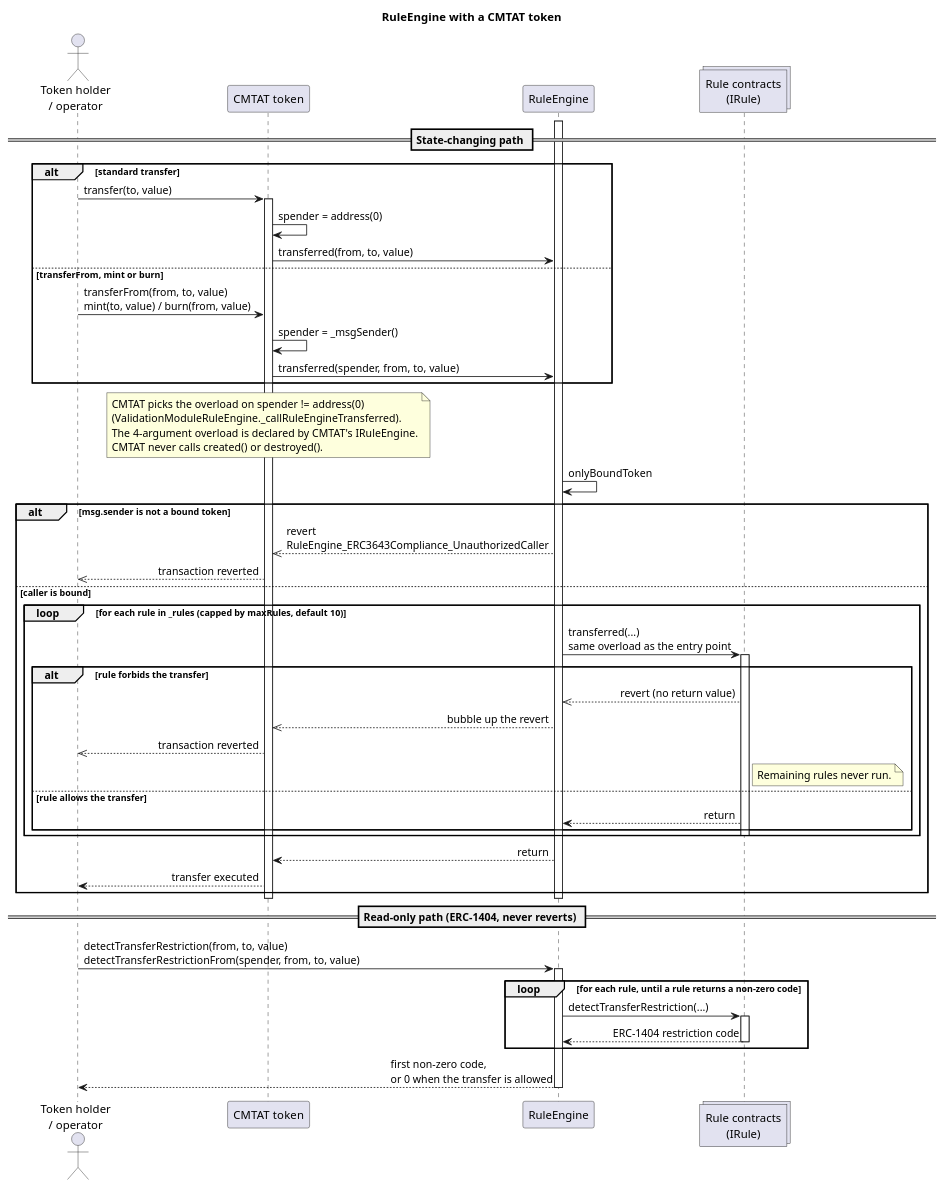
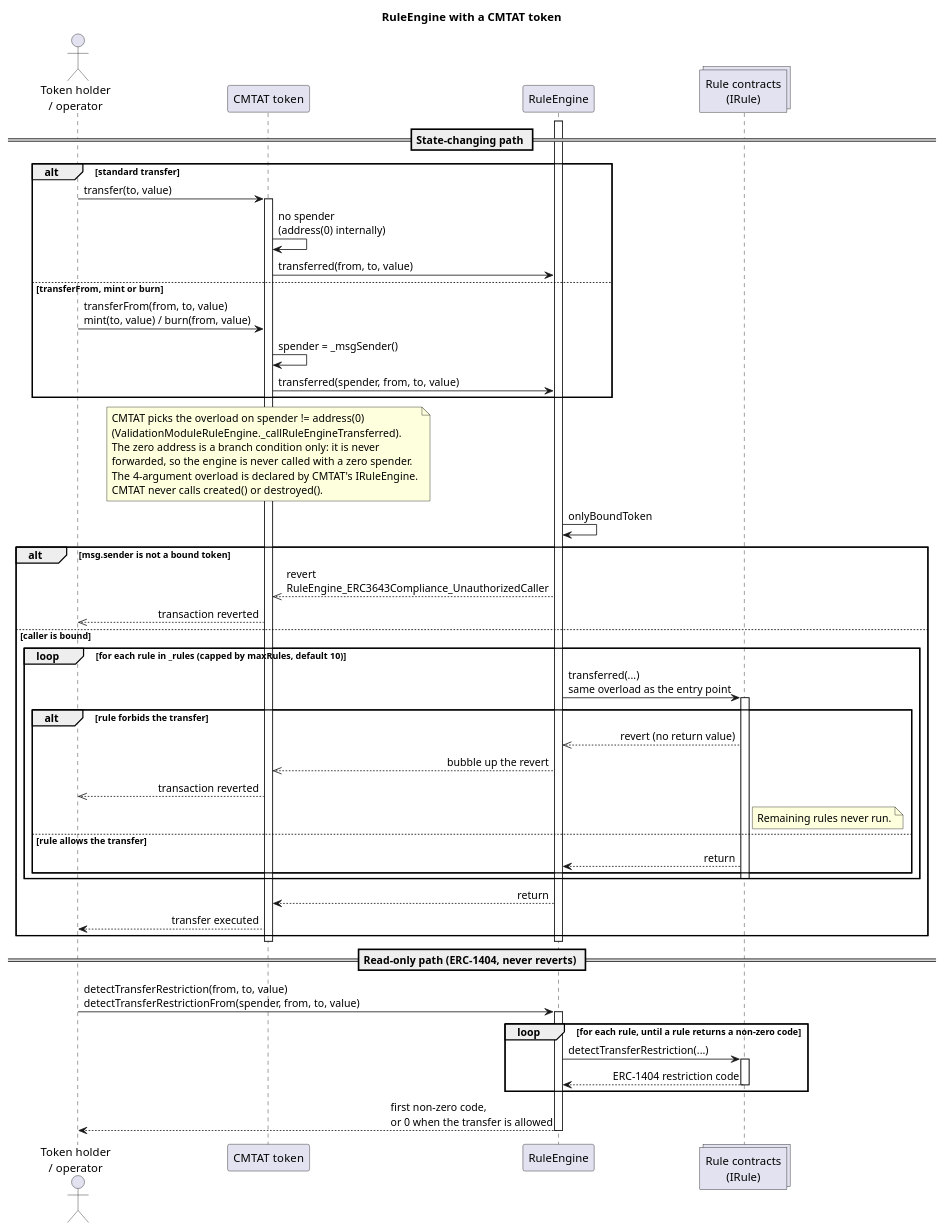
Before and after one commit to CMTA/RuleEngine: the diagram in doc/schema/plantuml/ruleengine-flow-cmtat.puml, drawn with PlantUML. The commit also changed 4 other files, not shown here.

Commit message:
Clarify that CMTAT uses the 3-argument transferred() for plain transfers and never forwards a zero spender

```diff
--- a/doc/schema/plantuml/ruleengine-flow-cmtat.puml
+++ b/doc/schema/plantuml/ruleengine-flow-cmtat.puml
@@ -1,74 +1,76 @@
 @startuml
 title RuleEngine with a CMTAT token
 
 skinparam shadowing false
 skinparam sequenceMessageAlign direction
 skinparam ParticipantPadding 12
 
 actor "Token holder\n/ operator" as Holder
 participant "CMTAT token" as Token
 participant "RuleEngine" as Engine
 collections "Rule contracts\n(IRule)" as Rules
 
 == State-changing path ==
 
 alt standard transfer
     Holder -> Token : transfer(to, value)
     activate Token
-    Token -> Token : spender = address(0)
+    Token -> Token : no spender\n(address(0) internally)
     Token -> Engine : transferred(from, to, value)
 else transferFrom, mint or burn
     Holder -> Token : transferFrom(from, to, value)\nmint(to, value) / burn(from, value)
     Token -> Token : spender = _msgSender()
     Token -> Engine : transferred(spender, from, to, value)
 end
 
 note over Token
     CMTAT picks the overload on spender != address(0)
     (ValidationModuleRuleEngine._callRuleEngineTransferred).
+    The zero address is a branch condition only: it is never
+    forwarded, so the engine is never called with a zero spender.
     The 4-argument overload is declared by CMTAT's IRuleEngine.
     CMTAT never calls created() or destroyed().
 end note
 
 activate Engine
 Engine -> Engine : onlyBoundToken
 
 alt msg.sender is not a bound token
     Engine -->> Token : revert\nRuleEngine_ERC3643Compliance_UnauthorizedCaller
     Token -->> Holder : transaction reverted
 else caller is bound
     loop for each rule in _rules (capped by maxRules, default 10)
         Engine -> Rules : transferred(...)\nsame overload as the entry point
         activate Rules
         alt rule forbids the transfer
             Rules -->> Engine : revert (no return value)
             Engine -->> Token : bubble up the revert
             Token -->> Holder : transaction reverted
             note right of Rules
                 Remaining rules never run.
             end note
         else rule allows the transfer
             Rules --> Engine : return
         end
         deactivate Rules
     end
     Engine --> Token : return
     Token --> Holder : transfer executed
 end
 deactivate Engine
 deactivate Token
 
 == Read-only path (ERC-1404, never reverts) ==
 
 Holder -> Engine : detectTransferRestriction(from, to, value)\ndetectTransferRestrictionFrom(spender, from, to, value)
 activate Engine
 loop for each rule, until a rule returns a non-zero code
     Engine -> Rules : detectTransferRestriction(...)
     activate Rules
     Rules --> Engine : ERC-1404 restriction code
     deactivate Rules
 end
 Engine --> Holder : first non-zero code,\nor 0 when the transfer is allowed
 deactivate Engine
 
 @enduml
```
